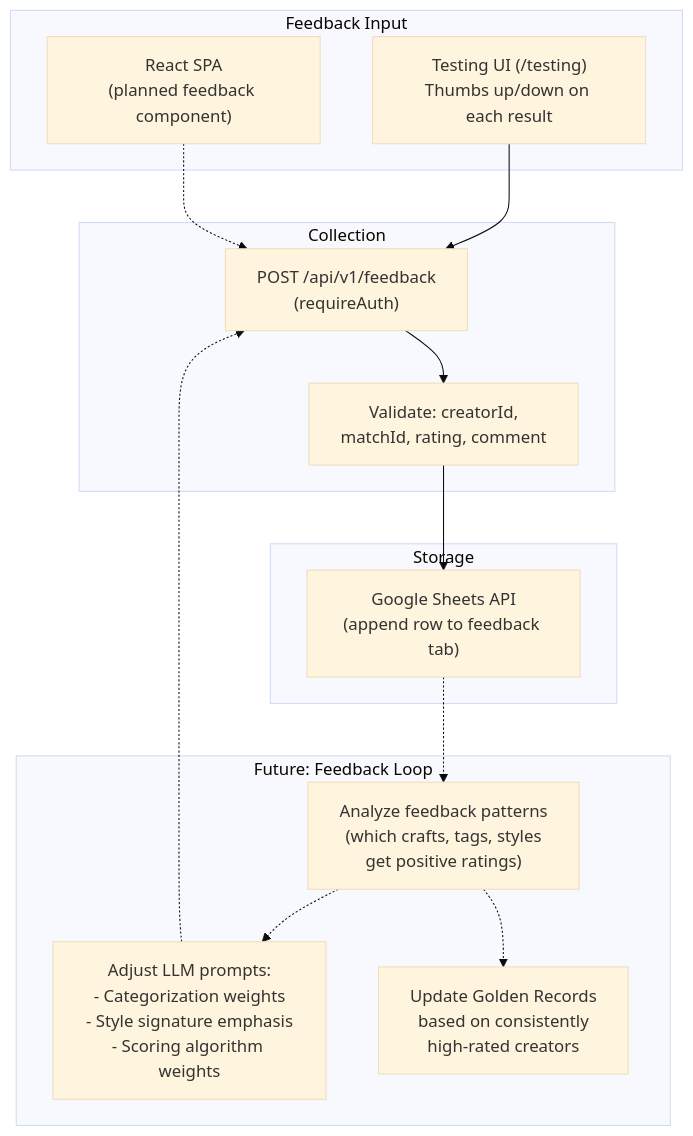
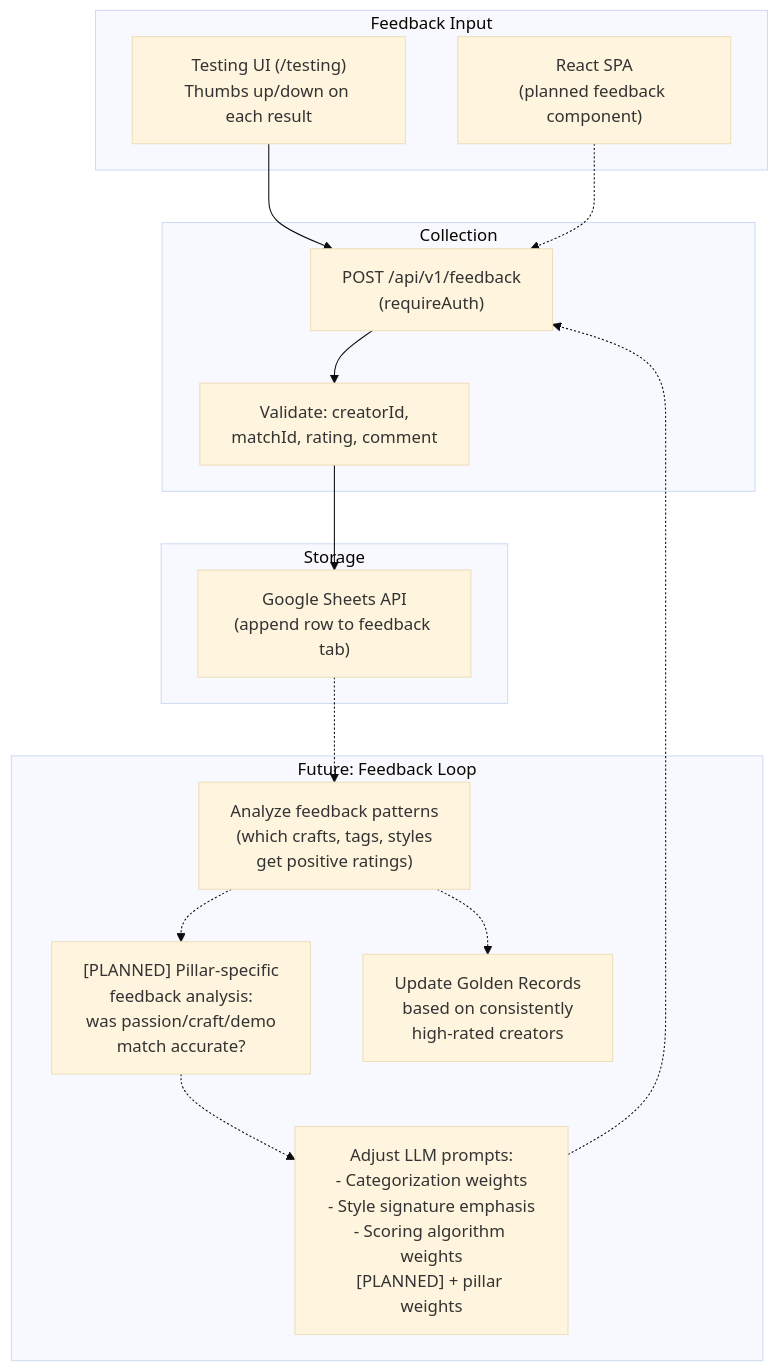
Before and after one commit to Absolute-Space-GHCP/cf-creator-database: the eighth of 11 diagrams in docs/WORKFLOW.md, drawn with Mermaid (base theme). The commit also changed other lines of this file and 4 other files, not shown here.

First line of the commit message:
docs: integrate Leo's 3-pillar framework + follower gate into ARCHITECTURE.md and WORKFLOW.md; remove legacy files; add session handoff

````diff
--- a/docs/WORKFLOW.md
+++ b/docs/WORKFLOW.md
@@ -647,32 +764,34 @@
 ```mermaid
 graph TD
     subgraph input [Feedback Input]
         TestingUI["Testing UI (/testing)<br/>Thumbs up/down on each result"]
         ReactFeedback["React SPA<br/>(planned feedback component)"]
     end
 
     subgraph collect [Collection]
         FeedbackEndpoint["POST /api/v1/feedback<br/>(requireAuth)"]
         Validate["Validate: creatorId,<br/>matchId, rating, comment"]
     end
 
     subgraph store [Storage]
         GoogleSheet["Google Sheets API<br/>(append row to feedback tab)"]
     end
 
     subgraph future [Future: Feedback Loop]
         Analyze["Analyze feedback patterns<br/>(which crafts, tags, styles<br/>get positive ratings)"]
-        TunePrompts["Adjust LLM prompts:<br/>- Categorization weights<br/>- Style signature emphasis<br/>- Scoring algorithm weights"]
+        PillarFeedback["[PLANNED] Pillar-specific<br/>feedback analysis:<br/>was passion/craft/demo<br/>match accurate?"]
+        TunePrompts["Adjust LLM prompts:<br/>- Categorization weights<br/>- Style signature emphasis<br/>- Scoring algorithm weights<br/>[PLANNED] + pillar weights"]
         ImproveModel["Update Golden Records<br/>based on consistently<br/>high-rated creators"]
     end
 
     TestingUI --> FeedbackEndpoint
     ReactFeedback -.-> FeedbackEndpoint
     FeedbackEndpoint --> Validate
     Validate --> GoogleSheet
 
     GoogleSheet -.-> Analyze
-    Analyze -.-> TunePrompts
+    Analyze -.-> PillarFeedback
+    PillarFeedback -.-> TunePrompts
     Analyze -.-> ImproveModel
     TunePrompts -.-> FeedbackEndpoint
 ```
````
